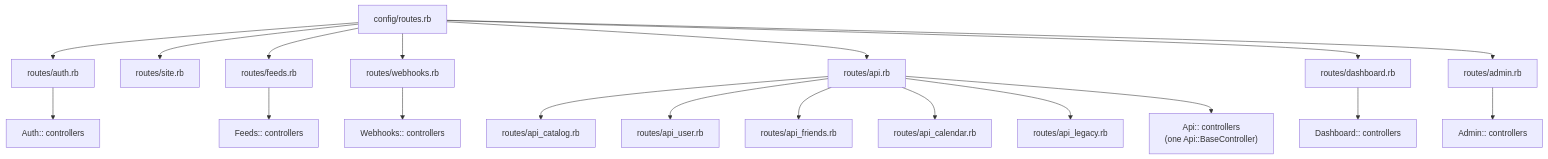
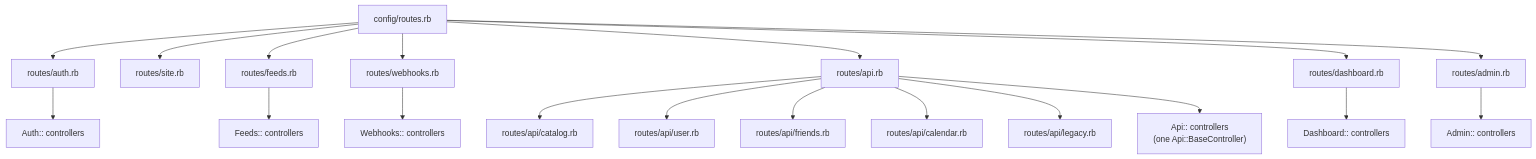
Before and after one commit to WITCodingClub/calendar-backend: the diagram in docs/architecture.md, drawn with Mermaid. The commit also changed other lines of this file and 14 other files, not shown here.

Commit message:
refactor: move the api route files into config/routes/api

````diff
--- a/docs/architecture.md
+++ b/docs/architecture.md
@@ -42,21 +42,21 @@
 ```mermaid
 flowchart TD
   R[config/routes.rb] --> auth[routes/auth.rb]
   R --> site[routes/site.rb]
   R --> feeds[routes/feeds.rb]
   R --> webhooks[routes/webhooks.rb]
   R --> api[routes/api.rb]
   R --> dashboard[routes/dashboard.rb]
   R --> admin[routes/admin.rb]
-  api --> catalog[routes/api_catalog.rb]
-  api --> user[routes/api_user.rb]
-  api --> friends[routes/api_friends.rb]
-  api --> calendar[routes/api_calendar.rb]
-  api --> legacy[routes/api_legacy.rb]
+  api --> catalog[routes/api/catalog.rb]
+  api --> user[routes/api/user.rb]
+  api --> friends[routes/api/friends.rb]
+  api --> calendar[routes/api/calendar.rb]
+  api --> legacy[routes/api/legacy.rb]
   auth --> Auth["Auth:: controllers"]
   feeds --> Feeds["Feeds:: controllers"]
   webhooks --> Webhooks["Webhooks:: controllers"]
   api --> Api["Api:: controllers<br/>(one Api::BaseController)"]
   dashboard --> Dashboard["Dashboard:: controllers"]
   admin --> Admin["Admin:: controllers"]
 ```
````
